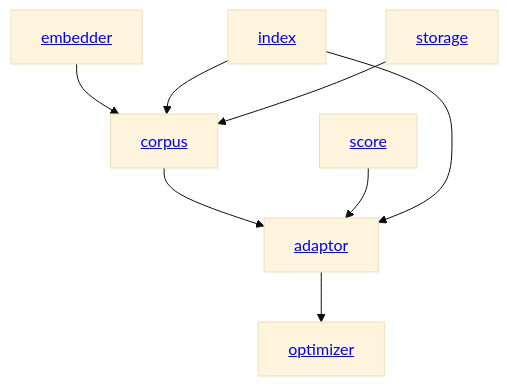
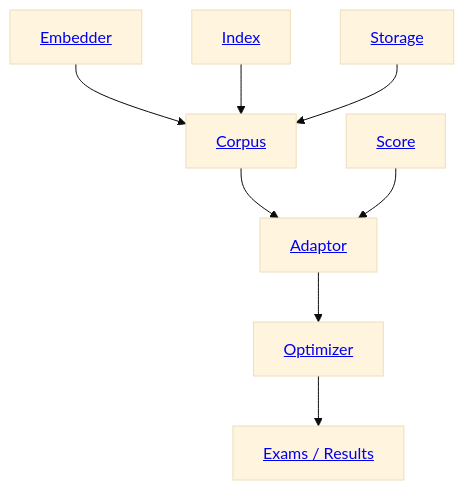
The diagram in docs/references/overview.md (rentruewang/bocoel), drawn with Mermaid (base theme) before and after one commit. The commit also changed 11 other files, not shown here.

````diff
--- a/docs/references/overview.md
+++ b/docs/references/overview.md
@@ -3,18 +3,19 @@
 ```mermaid
 graph TD;
     embedder --> corpus;
     index --> corpus;
     storage --> corpus;
     corpus --> adaptor;
     score --> adaptor;
-    index --> adaptor;
     adaptor --> optimizer;
+    optimizer --> exams;
 
-    index[<a href='/references/indices'>index</a>]
-    storage[<a href='/references/storages'>storage</a>]
-    embedder[<a href='/references/embedders'>embedder</a>]
-    corpus[<a href='/references/corpora'>corpus</a>]
-    adaptor[<a href='/references/adaptors'>adaptor</a>]
-    score[<a href='/references/scores'>score</a>]
-    optimizer[<a href='/references/optimizers'>optimizer</a>]
+    index[<a href='/references/indices'>Index</a>]
+    storage[<a href='/references/storages'>Storage</a>]
+    embedder[<a href='/references/embedders'>Embedder</a>]
+    corpus[<a href='/references/corpora'>Corpus</a>]
+    adaptor[<a href='/references/adaptors'>Adaptor</a>]
+    score[<a href='/references/scores'>Score</a>]
+    optimizer[<a href='/references/optimizers'>Optimizer</a>]
+    exams[<a href='/references/exams'>Exams / Results</a>]
 ```
````
